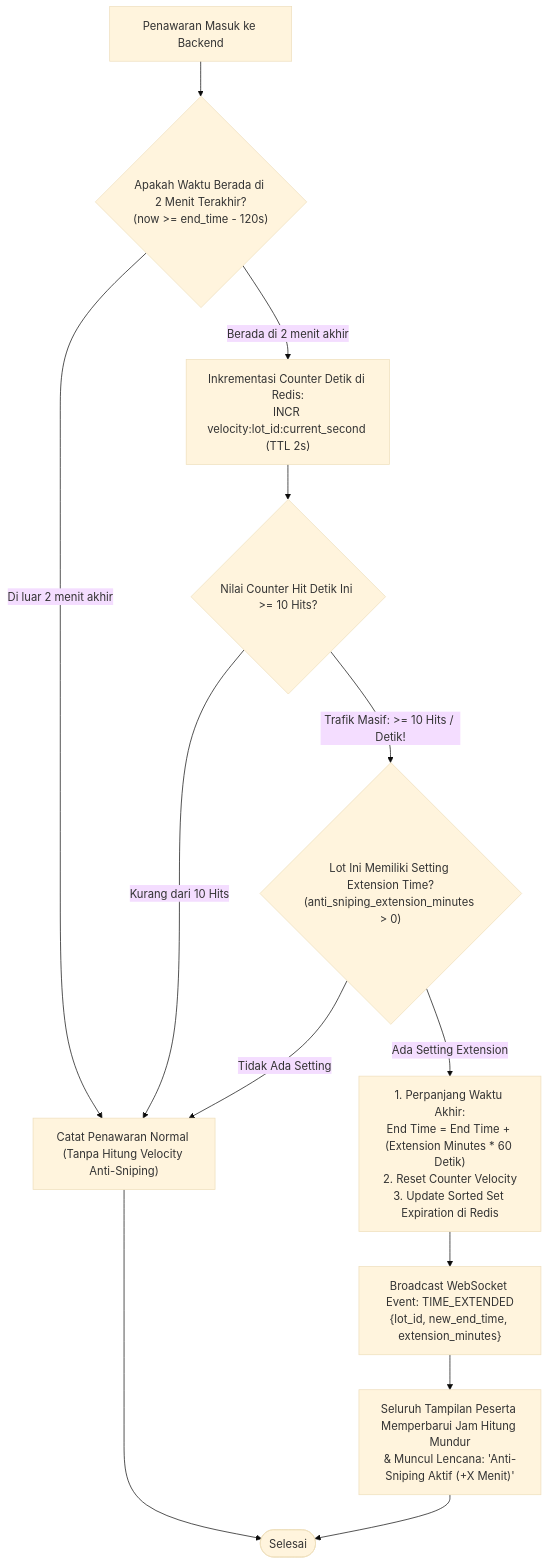
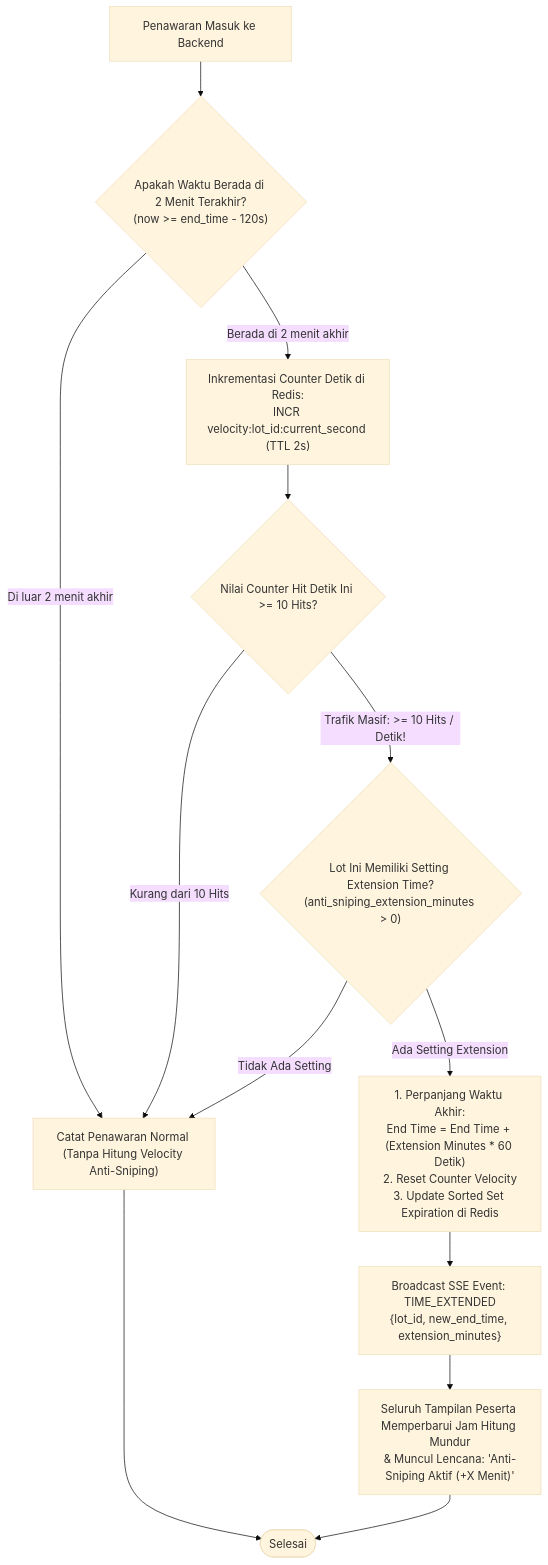
The fourth of 7 diagrams in 02_Projects/real-time-auction-engine/04_Design/user-flows-mvp1.md (daniesalim304/SALT-HACKATON-2026), drawn with Mermaid (base theme) before and after one commit. The commit also changed other lines of this file and 24 other files, not shown here.

````diff
--- a/02_Projects/real-time-auction-engine/04_Design/user-flows-mvp1.md
+++ b/02_Projects/real-time-auction-engine/04_Design/user-flows-mvp1.md
@@ -242,25 +242,25 @@
 ```mermaid
 flowchart TD
     BidRequest["Penawaran Masuk ke Backend"] --> CheckTime{"Apakah Waktu Berada di 2 Menit Terakhir?\n(now >= end_time - 120s)"}
     
     CheckTime -->|Di luar 2 menit akhir| NormalRecord["Catat Penawaran Normal (Tanpa Hitung Velocity Anti-Sniping)"]
     
     CheckTime -->|Berada di 2 menit akhir| IncrVelocity["Inkrementasi Counter Detik di Redis:\nINCR velocity:lot_id:current_second (TTL 2s)"]
     
     IncrVelocity --> CheckHits{"Nilai Counter Hit Detik Ini >= 10 Hits?"}
     
     CheckHits -->|Kurang dari 10 Hits| NormalRecord
     
     CheckHits -->|Trafik Masif: >= 10 Hits / Detik!| CheckConfig{"Lot Ini Memiliki Setting Extension Time?\n(anti_sniping_extension_minutes > 0)"}
     
     CheckConfig -->|Tidak Ada Setting| NormalRecord
     
     CheckConfig -->|Ada Setting Extension| TriggerExtend["1. Perpanjang Waktu Akhir:\nEnd Time = End Time + (Extension Minutes * 60 Detik)\n2. Reset Counter Velocity\n3. Update Sorted Set Expiration di Redis"]
     
-    TriggerExtend --> BroadcastWS["Broadcast WebSocket Event: TIME_EXTENDED\n{lot_id, new_end_time, extension_minutes}"]
+    TriggerExtend --> BroadcastSSE["Broadcast SSE Event: TIME_EXTENDED\n{lot_id, new_end_time, extension_minutes}"]
     
-    BroadcastWS --> ClientUpdate["Seluruh Tampilan Peserta Memperbarui Jam Hitung Mundur\n& Muncul Lencana: 'Anti-Sniping Aktif (+X Menit)'"]
+    BroadcastSSE --> ClientUpdate["Seluruh Tampilan Peserta Memperbarui Jam Hitung Mundur\n& Muncul Lencana: 'Anti-Sniping Aktif (+X Menit)'"]
     
     NormalRecord --> End(["Selesai"])
     ClientUpdate --> End
 ```
````
